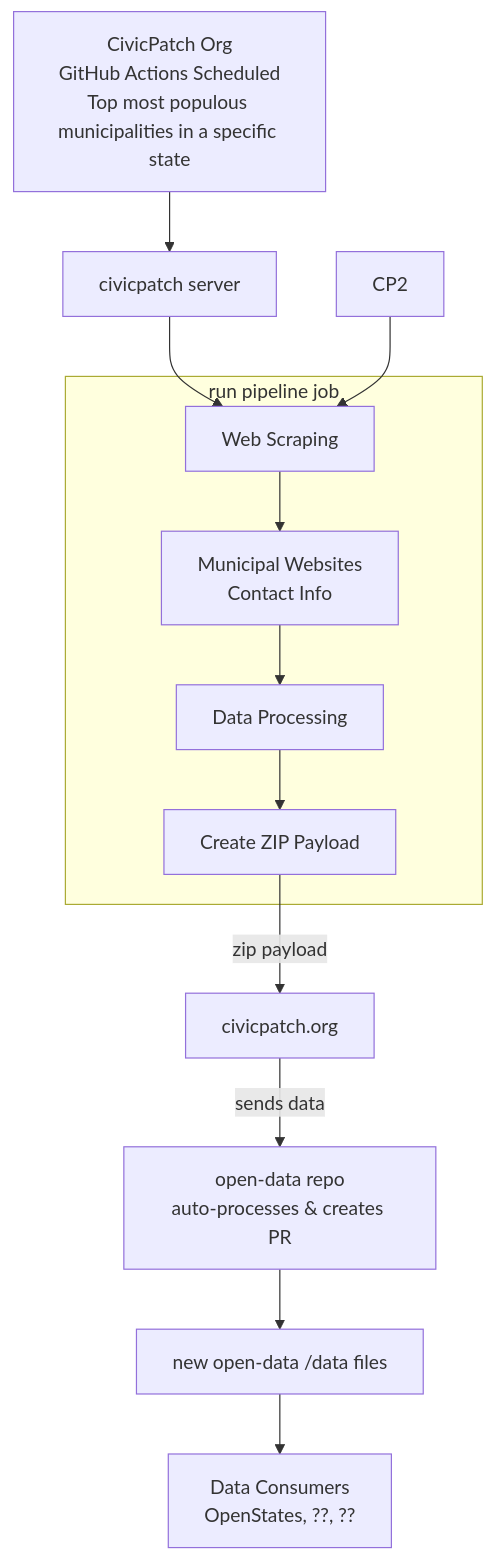
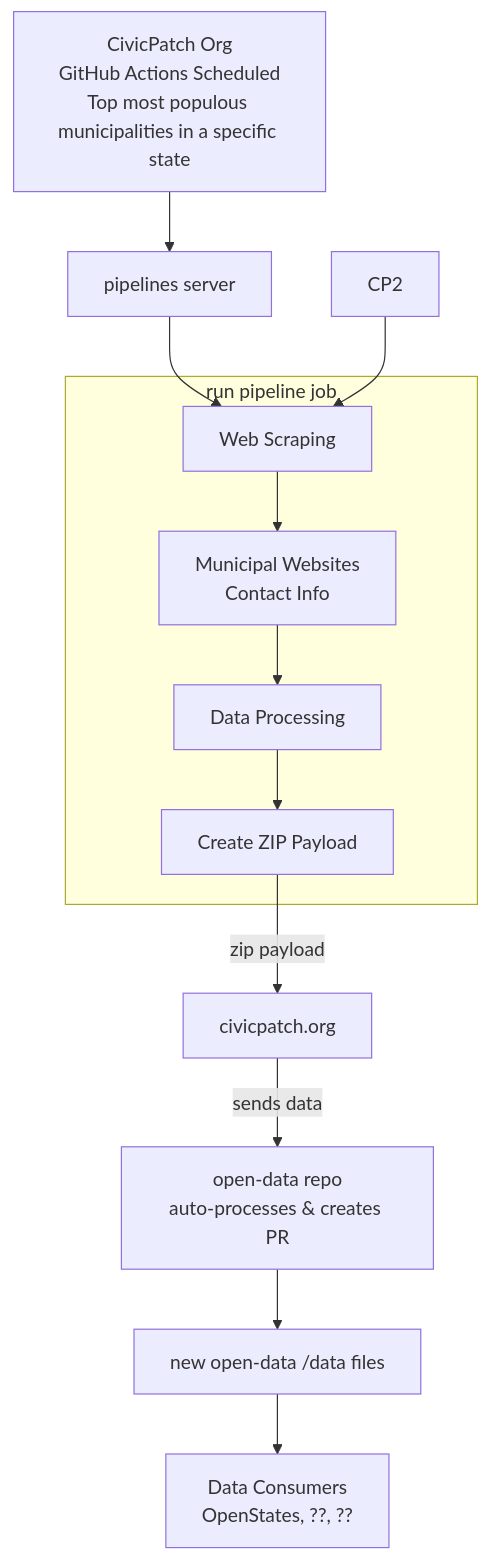
One commit to CivicPatch/civicpatch-tools changed the diagram in README.md. Above: the diagram before and after it, drawn with Mermaid. The commit also changed other lines of this file and 4 other files, not shown here.

````diff
--- a/README.md
+++ b/README.md
@@ -32,28 +32,28 @@
 ```mermaid
 graph TD
     %% Trigger Sources
     A1[CivicPatch Org<br/>GitHub Actions Scheduled<br/>Top most populous municipalities in a specific state] 
     
     %% civicpatch servers with internal pipeline
-    A1 --> CP1[civicpatch server]
+    A1 --> CP1[pipelines server]
     
     subgraph "run pipeline job"
         SCRAPE[Web Scraping] --> S[Municipal Websites<br/>Contact Info]
         S --> PROCESS[Data Processing]
         PROCESS --> ZIP[Create ZIP Payload]
     end
     
     %% Data flow to civicpatch.org
     CP1 --> SCRAPE
     CP2 --> SCRAPE
     ZIP -->|zip payload| C[civicpatch.org]
     
     %% Simplified: civicpatch.org sends to open-data, which auto-processes
     C -->|sends data| OD[open-data repo<br/>auto-processes & creates PR]
     
     %% Final data available
     OD --> DATA["new open-data /data files"]
     
     %% Data consumers
     DATA --> DC[Data Consumers<br/>OpenStates, ??, ??]
 ```
````
